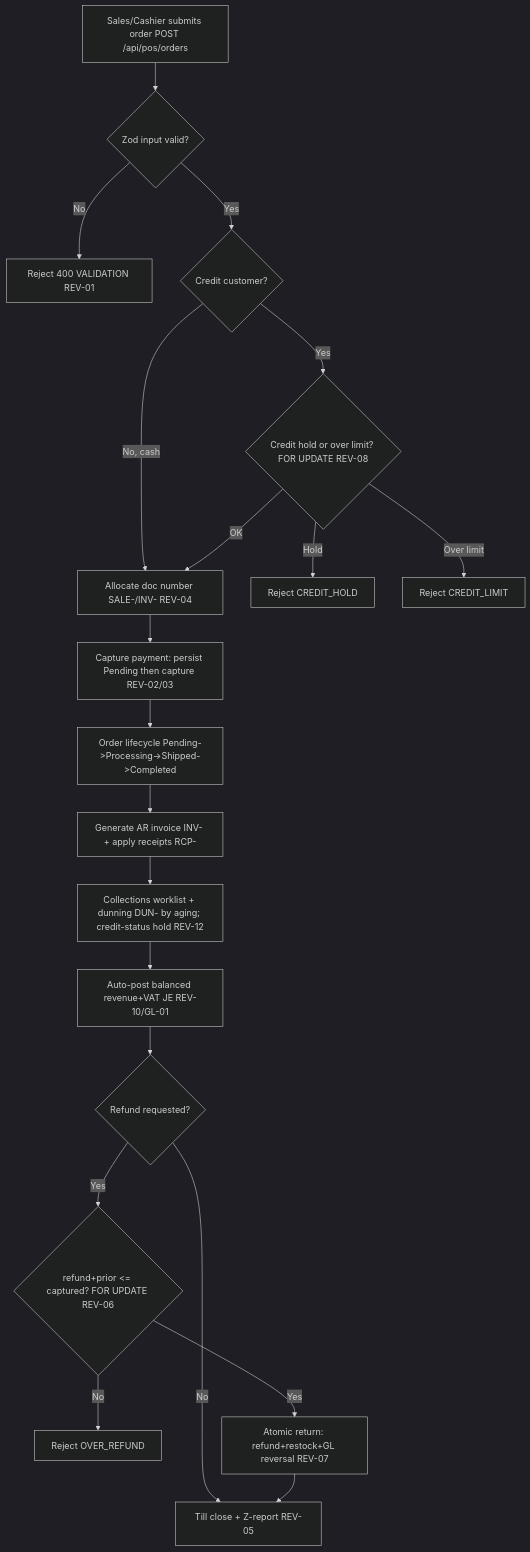
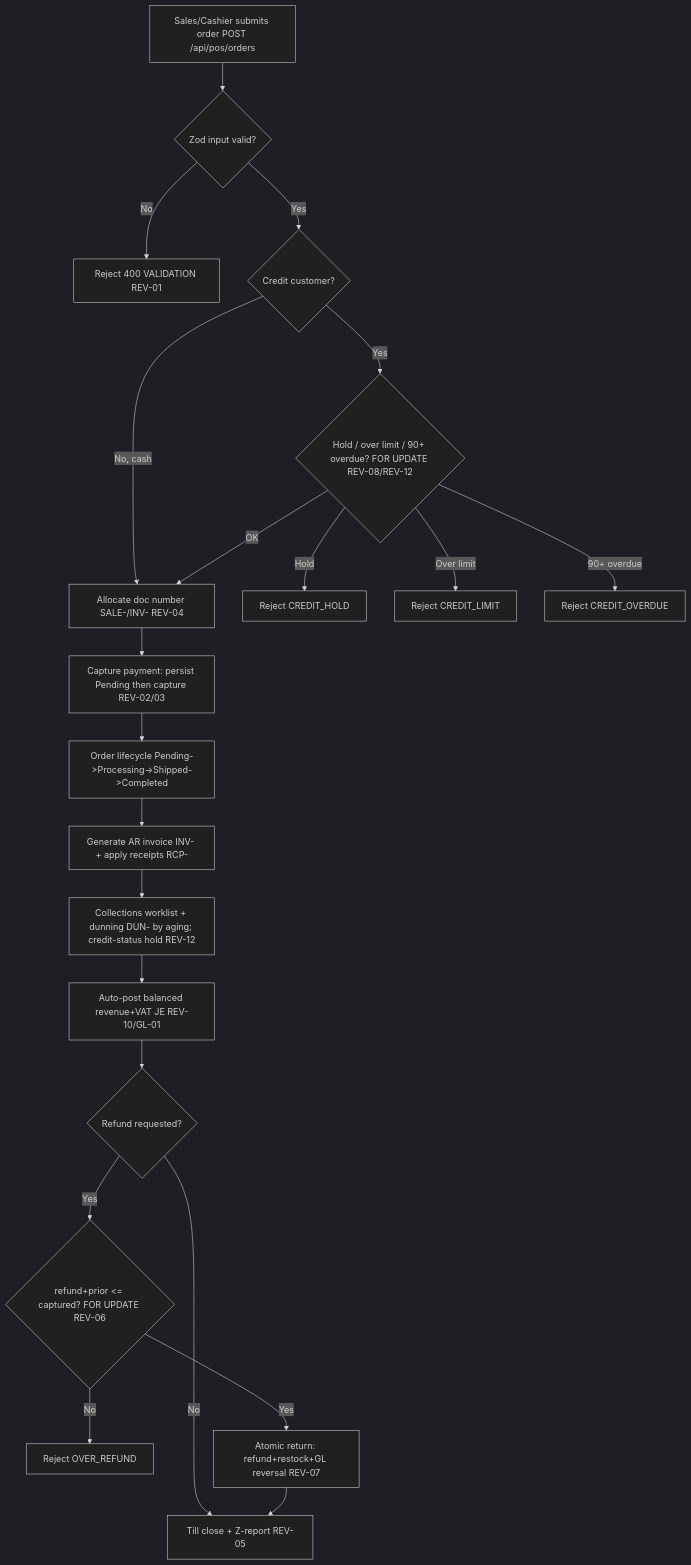
Before and after one commit to wayla69/invisibleERP: the diagram in docs/process-narratives/01-order-to-cash.md, drawn with Mermaid (dark theme). The commit also changed other lines of this file and 9 other files, not shown here.

First line of the commit message:
feat(pos): enforce serious-overdue credit hold at POS/portal order entry

````diff
--- a/docs/process-narratives/01-order-to-cash.md
+++ b/docs/process-narratives/01-order-to-cash.md
@@ -82,22 +82,23 @@
 ```mermaid
 flowchart TD
     A[Sales/Cashier submits order POST /api/pos/orders] --> B{Zod input valid?}
     B -- No --> B1[Reject 400 VALIDATION REV-01]
     B -- Yes --> C{Credit customer?}
     C -- No, cash --> E[Allocate doc number SALE-/INV- REV-04]
-    C -- Yes --> D{Credit hold or over limit? FOR UPDATE REV-08}
+    C -- Yes --> D{Hold / over limit / 90+ overdue? FOR UPDATE REV-08/REV-12}
     D -- Hold --> D1[Reject CREDIT_HOLD]
     D -- Over limit --> D2[Reject CREDIT_LIMIT]
+    D -- 90+ overdue --> D3[Reject CREDIT_OVERDUE]
     D -- OK --> E
     E --> F[Capture payment: persist Pending then capture REV-02/03]
     F --> G[Order lifecycle Pending->Processing->Shipped->Completed]
     G --> H[Generate AR invoice INV- + apply receipts RCP-]
     H --> N[Collections worklist + dunning DUN- by aging; credit-status hold REV-12]
     N --> I[Auto-post balanced revenue+VAT JE REV-10/GL-01]
     I --> J{Refund requested?}
     J -- No --> K[Till close + Z-report REV-05]
     J -- Yes --> L{refund+prior <= captured? FOR UPDATE REV-06}
     L -- No --> L1[Reject OVER_REFUND]
     L -- Yes --> M[Atomic return: refund+restock+GL reversal REV-07]
     M --> K
 ```
````
